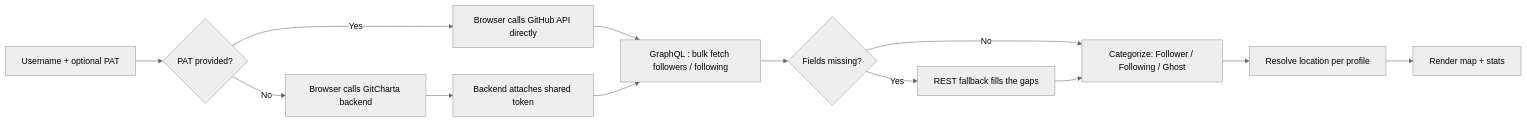
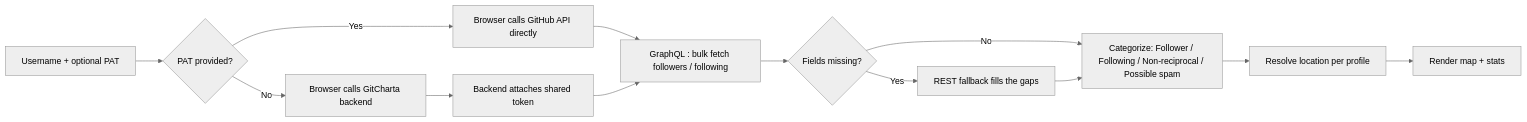
Before and after one commit to ThierryRakotomanana/GitCharta: the diagram in README.md, drawn with Mermaid (neutral theme). The commit also changed other lines of this file and 2 other files, not shown here.

````diff
--- a/README.md
+++ b/README.md
@@ -211,15 +215,15 @@
 ```mermaid
 flowchart LR
     A[Username + optional PAT] --> B{PAT provided?}
     B -->|Yes| C[Browser calls GitHub API directly]
     B -->|No| D[Browser calls GitCharta backend]
     D --> E[Backend attaches shared token]
     C --> F[GraphQL : bulk fetch followers / following]
     E --> F
     F --> G{Fields missing?}
     G -->|Yes| H[REST fallback fills the gaps]
-    G -->|No| I[Categorize: Follower / Following / Ghost]
+    G -->|No| I[Categorize: Follower / Following / Non-reciprocal / Possible spam]
     H --> I
     I --> J[Resolve location per profile]
     J --> K[Render map + stats]
 ```
````
